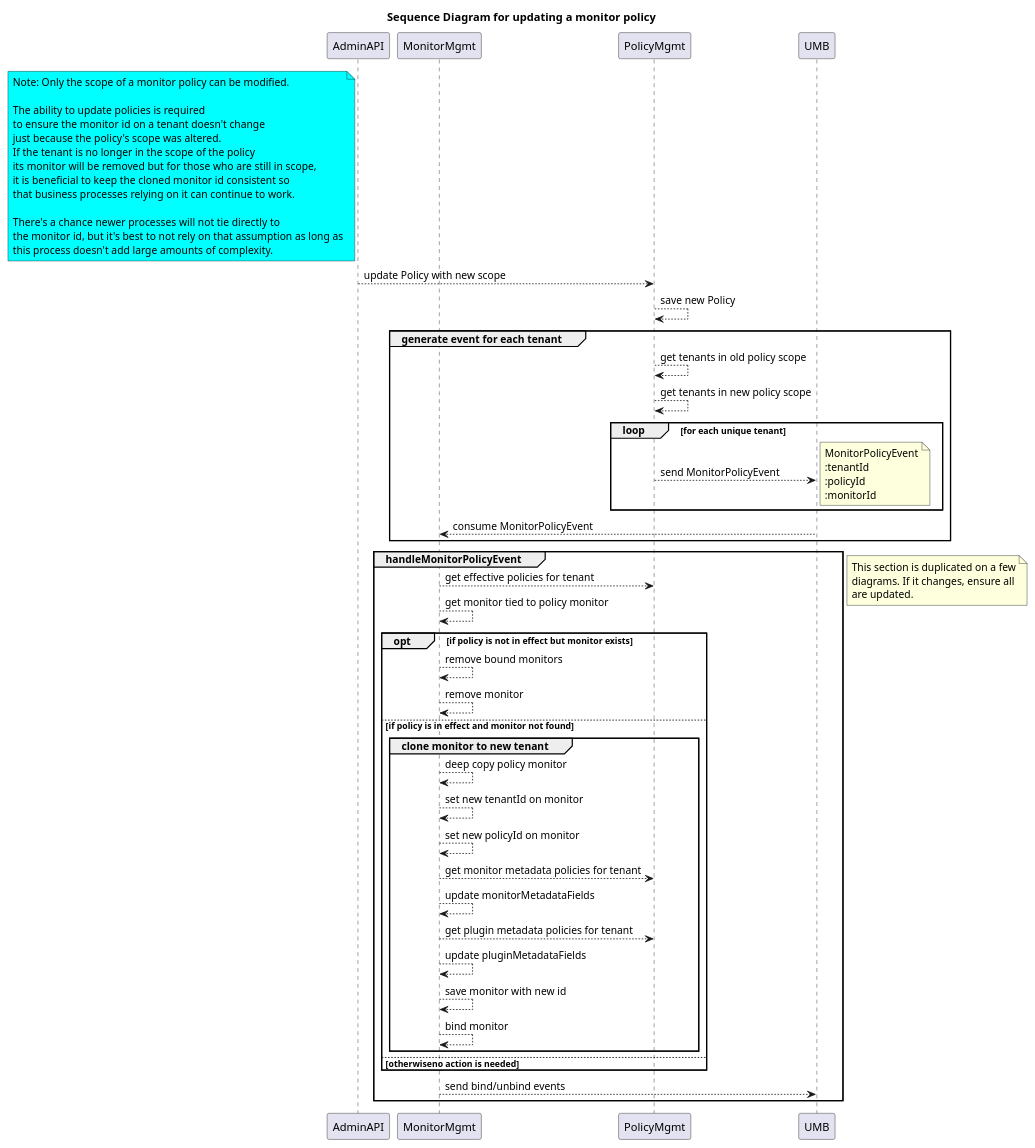
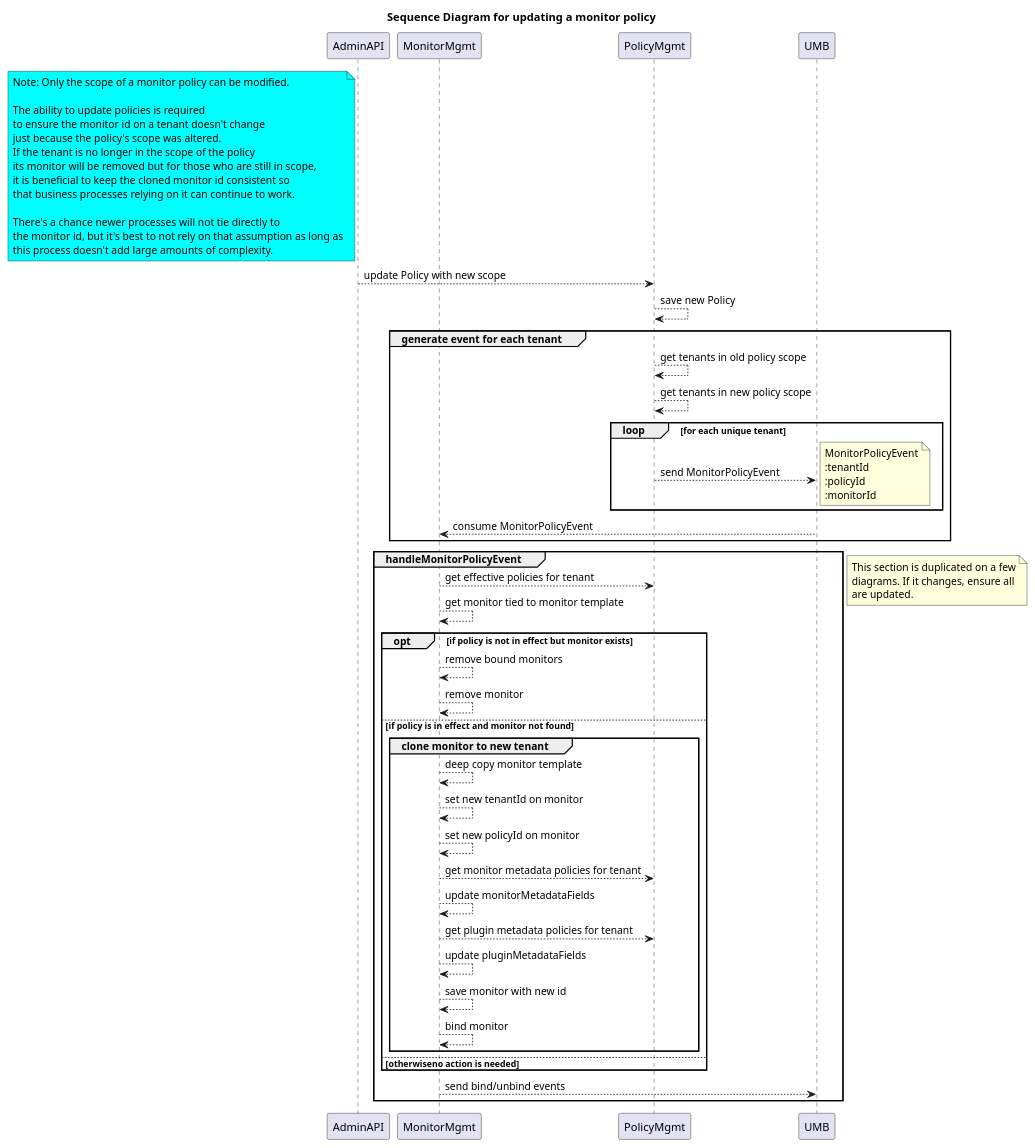
Before and after one commit to racker/salus-docs: the diagram in design/policy-management/diagrams/monitor-policy-update.plantuml, drawn with PlantUML. The commit also changed 2 other files, not shown here.

Commit message:
Changes corresponding to rename policy_monitor to monitor_template (#24)
* changes corresponding to rename policy_monitor to monitor_template

* added PR review changes

* added changes in monitor-policy-update.plantuml

```diff
--- a/design/policy-management/diagrams/monitor-policy-update.plantuml
+++ b/design/policy-management/diagrams/monitor-policy-update.plantuml
@@ -1,71 +1,71 @@
 @startuml
 
 title Sequence Diagram for updating a monitor policy
 
 note left of AdminAPI #aqua
 Note: Only the scope of a monitor policy can be modified.
 
 The ability to update policies is required
 to ensure the monitor id on a tenant doesn't change
 just because the policy's scope was altered.
 If the tenant is no longer in the scope of the policy
 its monitor will be removed but for those who are still in scope,
 it is beneficial to keep the cloned monitor id consistent so
 that business processes relying on it can continue to work.
 
 There's a chance newer processes will not tie directly to
 the monitor id, but it's best to not rely on that assumption as long as
 this process doesn't add large amounts of complexity.
 end note
 
 participant AdminAPI
 participant MonitorMgmt
 participant PolicyMgmt
 
 AdminAPI-->PolicyMgmt: update Policy with new scope
 PolicyMgmt-->PolicyMgmt: save new Policy
 
 group generate event for each tenant
 PolicyMgmt-->PolicyMgmt: get tenants in old policy scope
 PolicyMgmt-->PolicyMgmt: get tenants in new policy scope
 loop for each unique tenant
    PolicyMgmt-->UMB: send MonitorPolicyEvent
    note right
      MonitorPolicyEvent
      :tenantId
      :policyId
      :monitorId
    end note
 end
 UMB-->MonitorMgmt: consume MonitorPolicyEvent
 end
 
 group handleMonitorPolicyEvent
 MonitorMgmt-->PolicyMgmt: get effective policies for tenant
-MonitorMgmt-->MonitorMgmt: get monitor tied to policy monitor
+MonitorMgmt-->MonitorMgmt: get monitor tied to monitor template
 opt if policy is not in effect but monitor exists
 MonitorMgmt-->MonitorMgmt: remove bound monitors
 MonitorMgmt-->MonitorMgmt: remove monitor
 else if policy is in effect and monitor not found
 group clone monitor to new tenant
-MonitorMgmt-->MonitorMgmt: deep copy policy monitor
+MonitorMgmt-->MonitorMgmt: deep copy monitor template
 MonitorMgmt-->MonitorMgmt: set new tenantId on monitor
 MonitorMgmt-->MonitorMgmt: set new policyId on monitor
 MonitorMgmt-->PolicyMgmt: get monitor metadata policies for tenant
 MonitorMgmt-->MonitorMgmt: update monitorMetadataFields
 MonitorMgmt-->PolicyMgmt: get plugin metadata policies for tenant
 MonitorMgmt-->MonitorMgmt: update pluginMetadataFields
 MonitorMgmt-->MonitorMgmt: save monitor with new id
 MonitorMgmt-->MonitorMgmt: bind monitor
 end
 else otherwiseno action is needed
 end
 MonitorMgmt-->UMB: send bind/unbind events
 end
 note right
   This section is duplicated on a few
   diagrams. If it changes, ensure all
   are updated.
 end note
 
 @enduml
```
